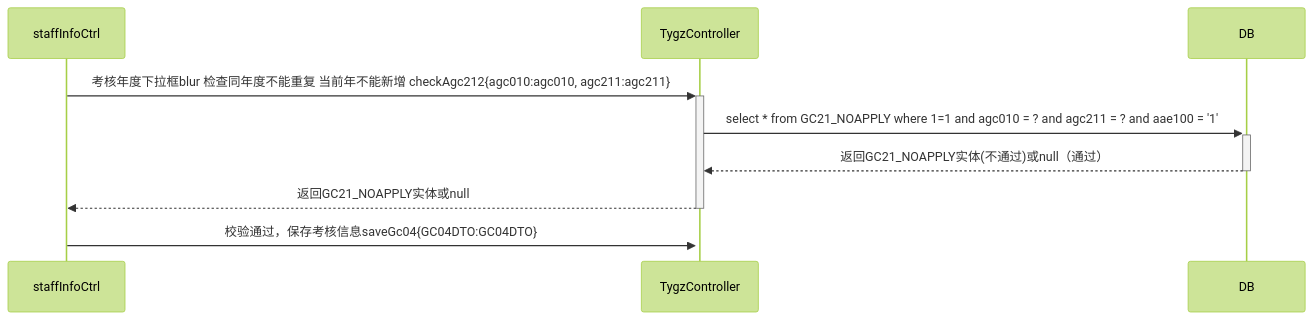
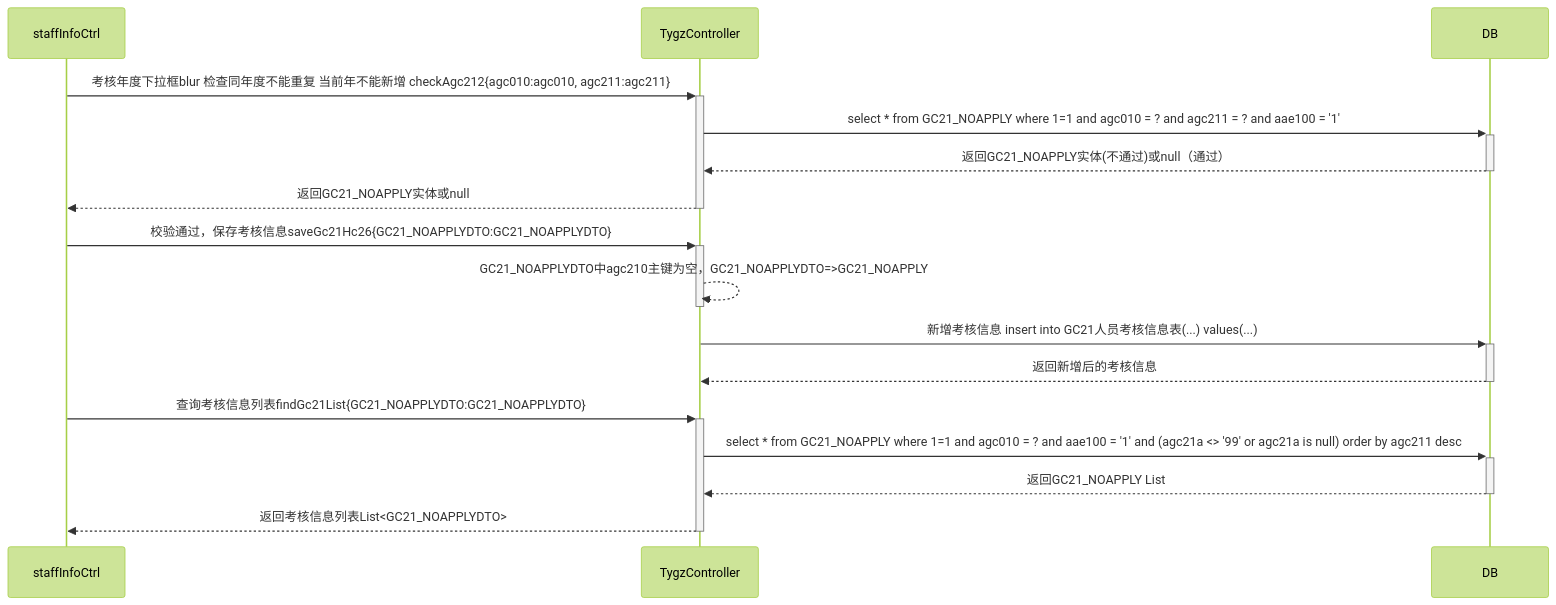
The diagram in all/人员考核信息新增按钮的调用业务流程.md (ZhangJianBeiJing/iodraw-files), drawn with Mermaid (forest theme) before and after one commit.

Commit message:
2025-03-26 09:54:51 update

````diff
--- a/all/人员考核信息新增按钮的调用业务流程.md
+++ b/all/人员考核信息新增按钮的调用业务流程.md
@@ -1,9 +1,16 @@
 ```mermaid
 sequenceDiagram
     staffInfoCtrl->>+TygzController:考核年度下拉框blur 检查同年度不能重复 当前年不能新增 checkAgc212{agc010:agc010, agc211:agc211}
     TygzController->>+DB:select * from GC21_NOAPPLY where 1=1 and agc010 = ? and agc211 = ? and aae100 = '1'
     DB-->>-TygzController:返回GC21_NOAPPLY实体(不通过)或null（通过）
     TygzController-->>-staffInfoCtrl:返回GC21_NOAPPLY实体或null
 
-    staffInfoCtrl->>+TygzController:校验通过，保存考核信息saveGc04{GC04DTO:GC04DTO}
+    staffInfoCtrl->>+TygzController:校验通过，保存考核信息saveGc21Hc26{GC21_NOAPPLYDTO:GC21_NOAPPLYDTO}
+    TygzController-->>-TygzController:GC21_NOAPPLYDTO中agc210主键为空，GC21_NOAPPLYDTO=>GC21_NOAPPLY
+    TygzController->>+DB:新增考核信息 insert into GC21人员考核信息表(...) values(...)
+    DB-->>-TygzController:返回新增后的考核信息
+    staffInfoCtrl->>+TygzController:查询考核信息列表findGc21List{GC21_NOAPPLYDTO:GC21_NOAPPLYDTO}
+    TygzController->>+DB:select * from GC21_NOAPPLY where 1=1 and agc010 = ? and aae100 = '1' and (agc21a <> '99' or agc21a is null) order by agc211 desc
+    DB-->>-TygzController:返回GC21_NOAPPLY List
+    TygzController-->>-staffInfoCtrl:返回考核信息列表List<GC21_NOAPPLYDTO>
 ```
````
